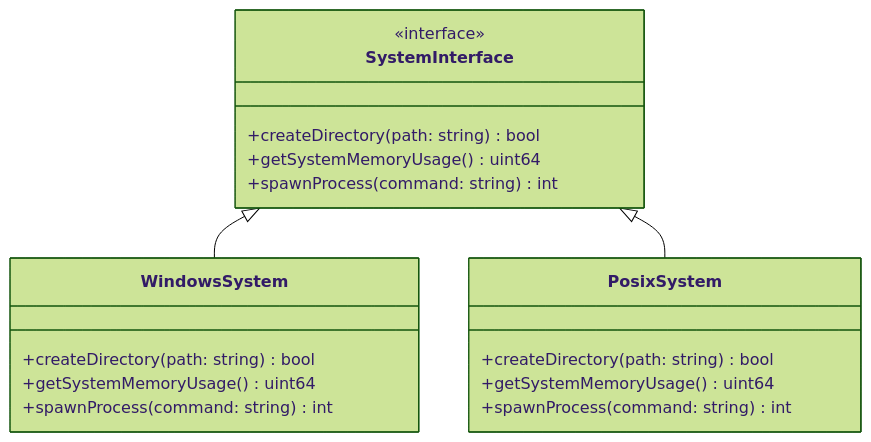
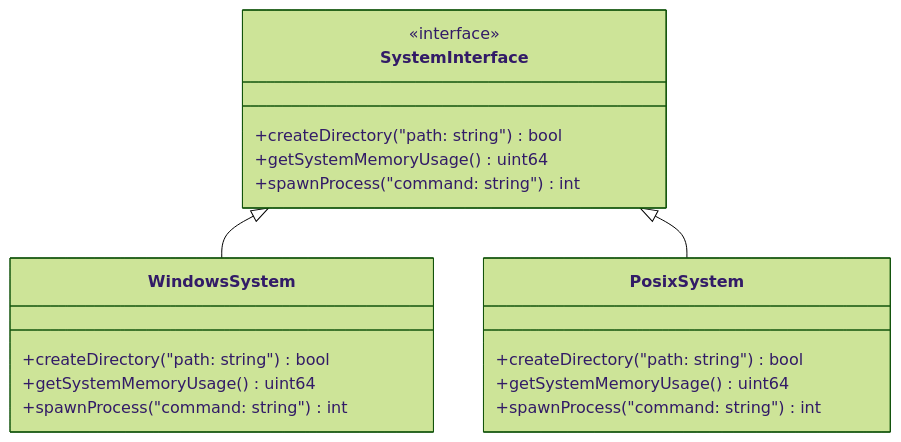
The second of 3 diagrams in content/post/mac_windowsクロスプラットフォーム/index.ar.md (kenjinote/blog), drawn with Mermaid (forest theme) before and after one commit. The commit also changed 929 other files, not shown here.

Commit message:
fix: Add double quotes to all Mermaid node texts to resolve syntax errors

````diff
--- a/content/post/mac_windowsクロスプラットフォーム/index.ar.md
+++ b/content/post/mac_windowsクロスプラットフォーム/index.ar.md
@@ -278,22 +278,22 @@
 ```mermaid
 classDiagram
     class SystemInterface {
         <<interface>>
-        +createDirectory(path: string) bool
+        +createDirectory("path: string") bool
         +getSystemMemoryUsage() uint64
-        +spawnProcess(command: string) int
+        +spawnProcess("command: string") int
     }
     class WindowsSystem {
-        +createDirectory(path: string) bool
+        +createDirectory("path: string") bool
         +getSystemMemoryUsage() uint64
-        +spawnProcess(command: string) int
+        +spawnProcess("command: string") int
     }
     class PosixSystem {
-        +createDirectory(path: string) bool
+        +createDirectory("path: string") bool
         +getSystemMemoryUsage() uint64
-        +spawnProcess(command: string) int
+        +spawnProcess("command: string") int
     }
     
     SystemInterface <|-- WindowsSystem
     SystemInterface <|-- PosixSystem
 ```
````
